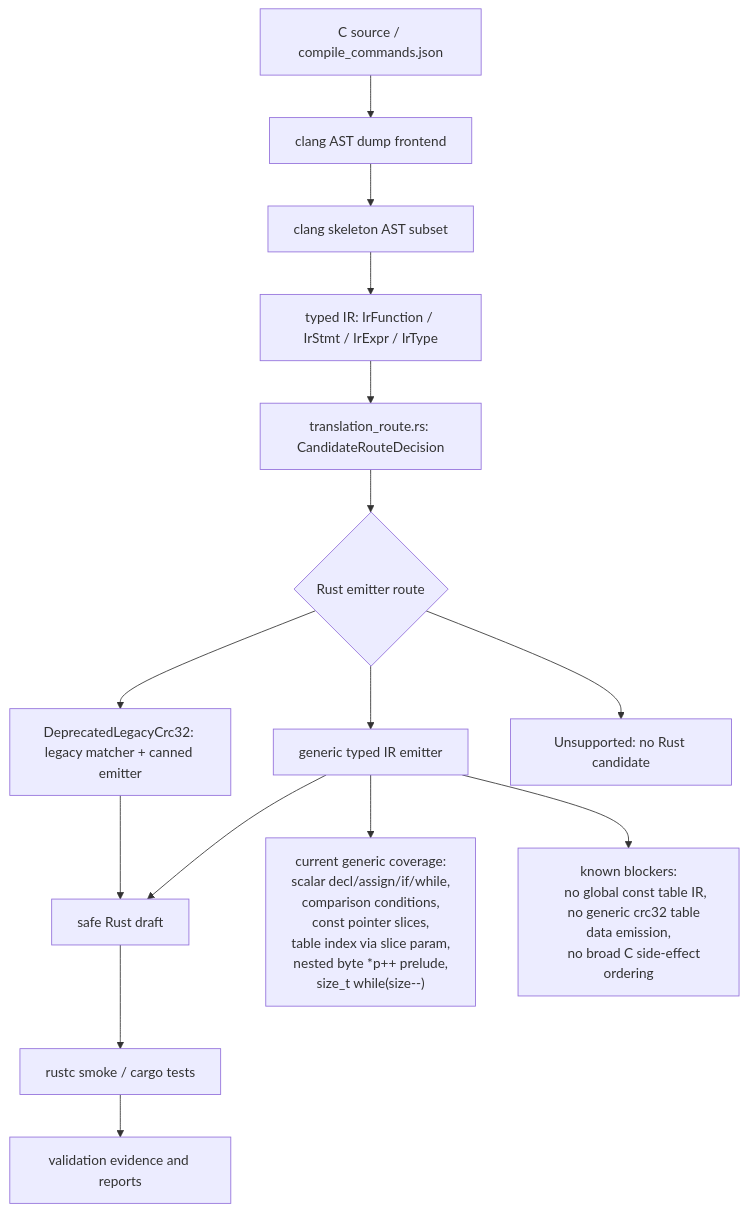
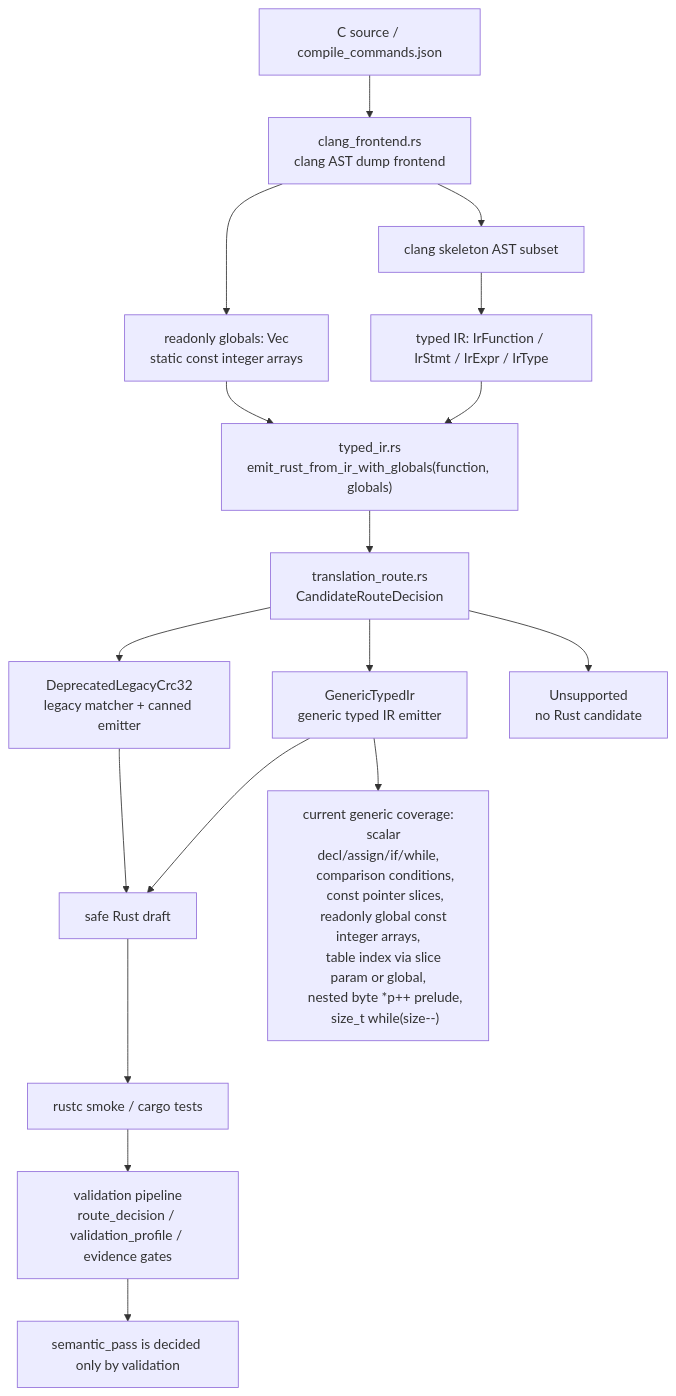
Before and after one commit to guoqihan342-svg/c-to-rust: the diagram in docs/c2rust-migration-agent/core-translation-architecture.en.md, drawn with Mermaid. The commit also changed other lines of this file and 8 other files, not shown here.

Commit message:
Add readonly global table typed IR path

````diff
--- a/docs/c2rust-migration-agent/core-translation-architecture.en.md
+++ b/docs/c2rust-migration-agent/core-translation-architecture.en.md
@@ -7,27 +7,27 @@
 ```mermaid
 flowchart TD
-    C["C source / compile_commands.json"] --> Clang["clang AST dump frontend"]
+    C["C source / compile_commands.json"] --> Clang["clang_frontend.rs<br/>clang AST dump frontend"]
     Clang --> Skeleton["clang skeleton AST subset"]
     Skeleton --> IR["typed IR: IrFunction / IrStmt / IrExpr / IrType"]
-    IR --> RouteMeta["translation_route.rs: CandidateRouteDecision"]
-    RouteMeta --> Emitter{"Rust emitter route"}
-    Emitter --> Generic["generic typed IR emitter"]
-    Emitter --> Canned["DeprecatedLegacyCrc32: legacy matcher + canned emitter"]
-    Emitter --> Unsupported["Unsupported: no Rust candidate"]
+    Clang --> Globals["readonly globals: Vec<IrGlobal><br/>static const integer arrays"]
+    IR --> EmitCtx["typed_ir.rs<br/>emit_rust_from_ir_with_globals(function, globals)"]
+    Globals --> EmitCtx
+    EmitCtx --> RouteMeta["translation_route.rs<br/>CandidateRouteDecision"]
+    RouteMeta --> Generic["GenericTypedIr<br/>generic typed IR emitter"]
+    RouteMeta --> Canned["DeprecatedLegacyCrc32<br/>legacy matcher + canned emitter"]
+    RouteMeta --> Unsupported["Unsupported<br/>no Rust candidate"]
     Generic --> Rust["safe Rust draft"]
     Canned --> Rust
     Rust --> Rustc["rustc smoke / cargo tests"]
-    Rustc --> Evidence["validation evidence and reports"]
+    Rustc --> Validation["validation pipeline<br/>route_decision / validation_profile / evidence gates"]
 
     Generic --> Supported["current generic coverage:
     scalar decl/assign/if/while,
     comparison conditions,
     const pointer slices,
-    table index via slice param,
+    readonly global const integer arrays,
+    table index via slice param or global,
     nested byte *p++ prelude,
     size_t while(size--)"]
-    Generic --> Blocked["known blockers:
-    no global const table IR,
-    no generic crc32 table data emission,
-    no broad C side-effect ordering"]
+    Validation --> Semantic["semantic_pass is decided only by validation"]
 ```
````
